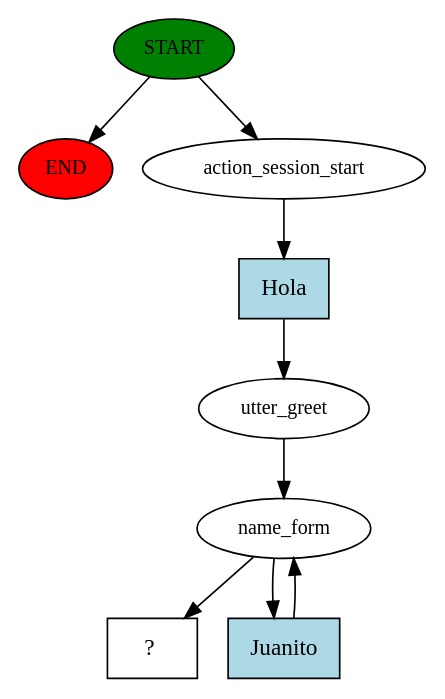
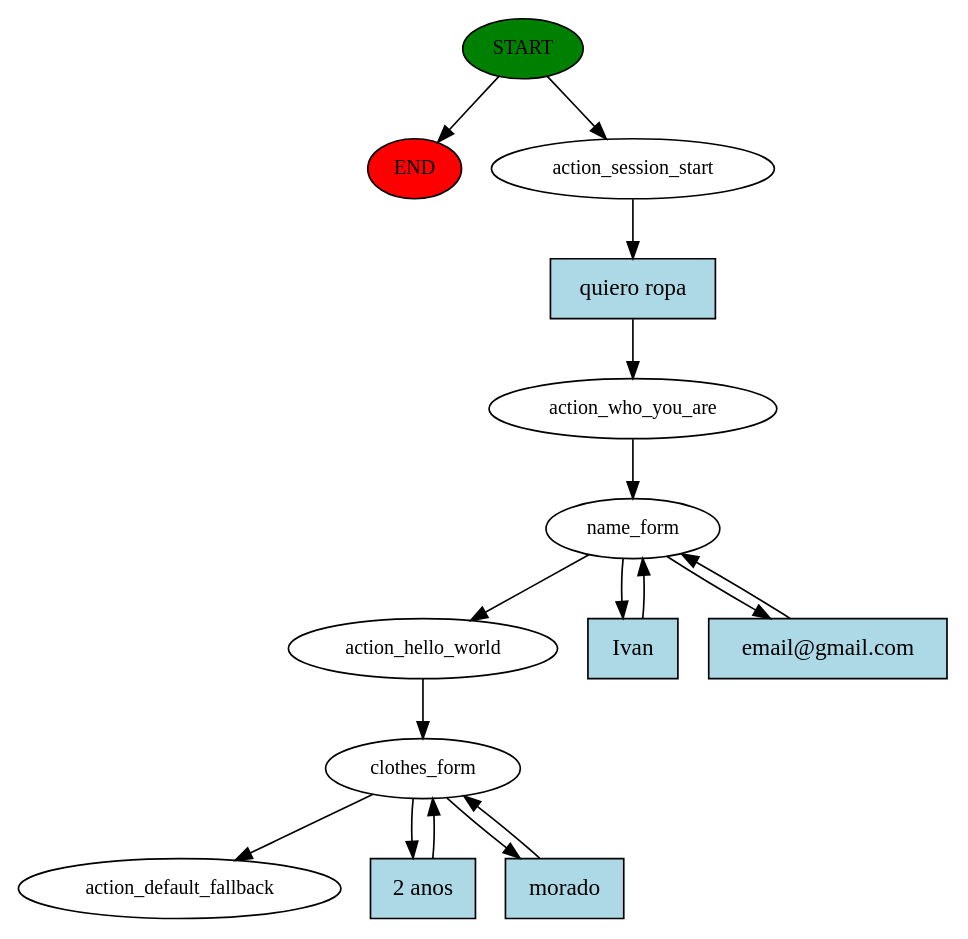
The diagram in story_graph.dot (kabirivan/Ecommerce-Assistant-Jasmine), drawn with Graphviz before and after one commit. The commit also changed 4 other files, not shown here.

```diff
--- a/story_graph.dot
+++ b/story_graph.dot
@@ -1,18 +1,31 @@
 digraph  {
 0 [class="start active", fillcolor=green, fontsize=12, label=START, style=filled];
 "-1" [class=end, fillcolor=red, fontsize=12, label=END, style=filled];
 1 [class=active, fontsize=12, label=action_session_start];
-2 [class=active, fontsize=12, label=utter_greet];
+2 [class=active, fontsize=12, label=action_who_you_are];
 3 [class=active, fontsize=12, label=name_form];
-5 [class="intent dashed active", label="  ?  ", shape=rect];
-6 [class="intent active", fillcolor=lightblue, label=Hola, shape=rect, style=filled];
-7 [class="intent active", fillcolor=lightblue, label=Juanito, shape=rect, style=filled];
+6 [class=active, fontsize=12, label=action_hello_world];
+7 [class=active, fontsize=12, label=clothes_form];
+12 [class="dashed active", fontsize=12, label=action_default_fallback];
+13 [class="intent active", fillcolor=lightblue, label="quiero ropa", shape=rect, style=filled];
+14 [class="intent active", fillcolor=lightblue, label=Ivan, shape=rect, style=filled];
+15 [class="intent active", fillcolor=lightblue, label="email@gmail.com", shape=rect, style=filled];
+16 [class="intent active", fillcolor=lightblue, label="2 anos", shape=rect, style=filled];
+17 [class="intent active", fillcolor=lightblue, label=morado, shape=rect, style=filled];
 0 -> "-1"  [class="", key=NONE, label=""];
 0 -> 1  [class=active, key=NONE, label=""];
-1 -> 6  [class=active, key=0];
+1 -> 13  [class=active, key=0];
 2 -> 3  [class=active, key=NONE, label=""];
-3 -> 5  [class=active, key=NONE, label=""];
-3 -> 7  [class=active, key=0];
-6 -> 2  [class=active, key=0];
-7 -> 3  [class=active, key=0];
+3 -> 6  [class=active, key=NONE, label=""];
+3 -> 14  [class=active, key=0];
+3 -> 15  [class=active, key=0];
+6 -> 7  [class=active, key=NONE, label=""];
+7 -> 12  [class=active, key=NONE, label=""];
+7 -> 16  [class=active, key=0];
+7 -> 17  [class=active, key=0];
+13 -> 2  [class=active, key=0];
+14 -> 3  [class=active, key=0];
+15 -> 3  [class=active, key=0];
+16 -> 7  [class=active, key=0];
+17 -> 7  [class=active, key=0];
 }
```
